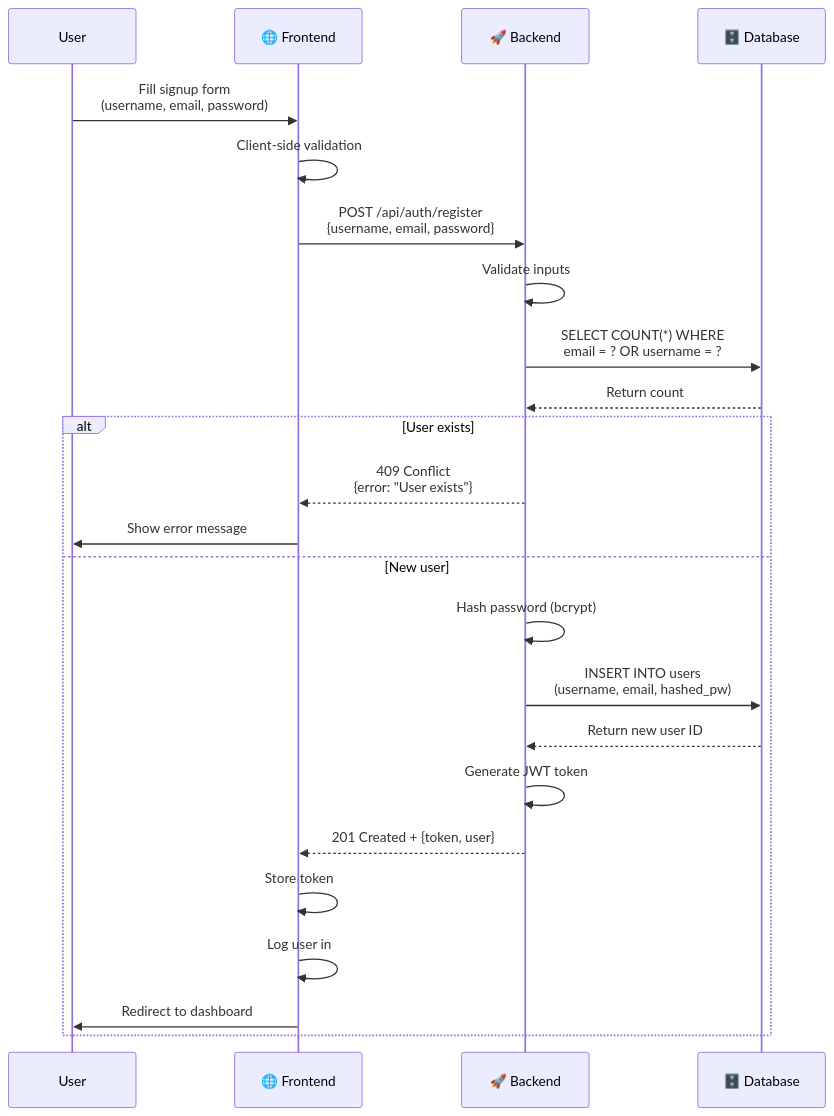
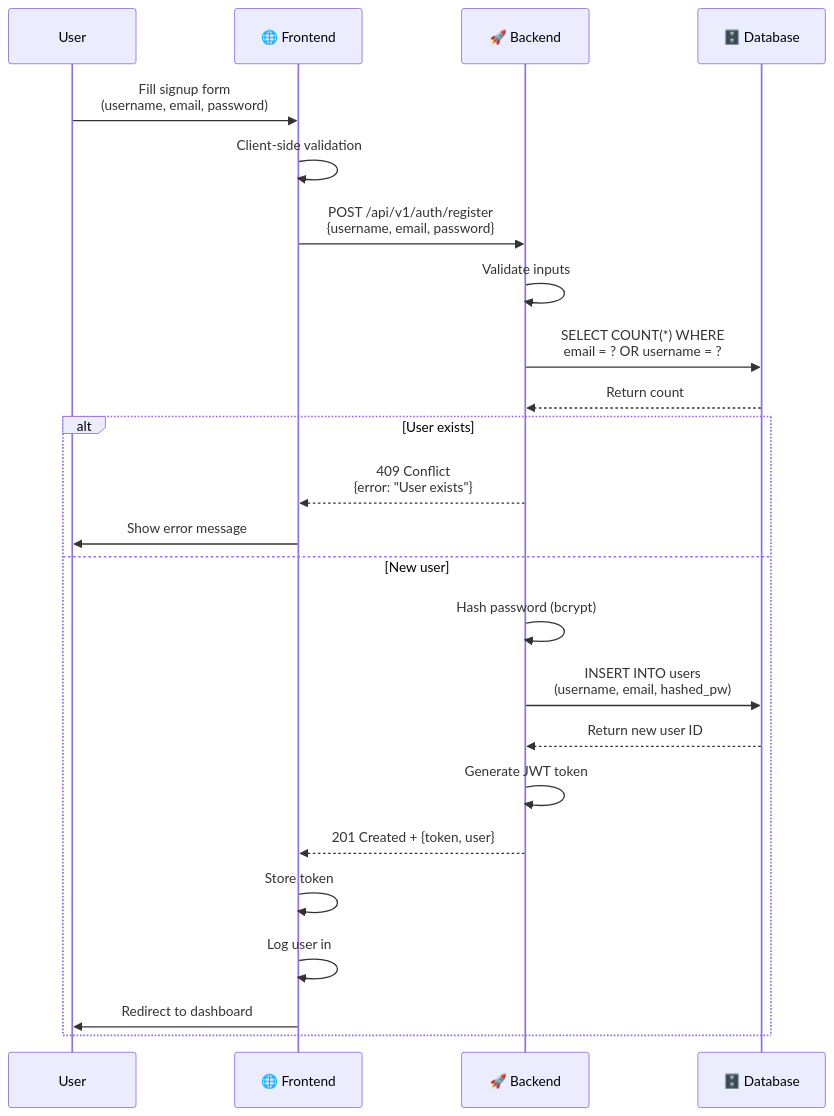
Before and after one commit to jlescarlan11/krawl: the fourth of 11 diagrams in docs/system-design.md, drawn with Mermaid. The commit also changed other lines of this file and 40 other files, not shown here.

````diff
--- a/docs/system-design.md
+++ b/docs/system-design.md
@@ -206,27 +206,27 @@
 ```mermaid
 sequenceDiagram
     participant User
     participant FE as 🌐 Frontend
     participant BE as 🚀 Backend
     participant DB as 🗄️ Database
     
     User->>FE: Fill signup form<br/>(username, email, password)
     FE->>FE: Client-side validation
-    FE->>BE: POST /api/auth/register<br/>{username, email, password}
+    FE->>BE: POST /api/v1/auth/register<br/>{username, email, password}
     BE->>BE: Validate inputs
     BE->>DB: SELECT COUNT(*) WHERE<br/>email = ? OR username = ?
     DB-->>BE: Return count
     alt User exists
         BE-->>FE: 409 Conflict<br/>{error: "User exists"}
         FE->>User: Show error message
     else New user
         BE->>BE: Hash password (bcrypt)
         BE->>DB: INSERT INTO users<br/>(username, email, hashed_pw)
         DB-->>BE: Return new user ID
         BE->>BE: Generate JWT token
         BE-->>FE: 201 Created + {token, user}
         FE->>FE: Store token
         FE->>FE: Log user in
         FE->>User: Redirect to dashboard
     end
 ```
````
